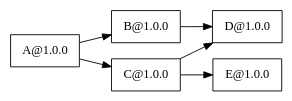
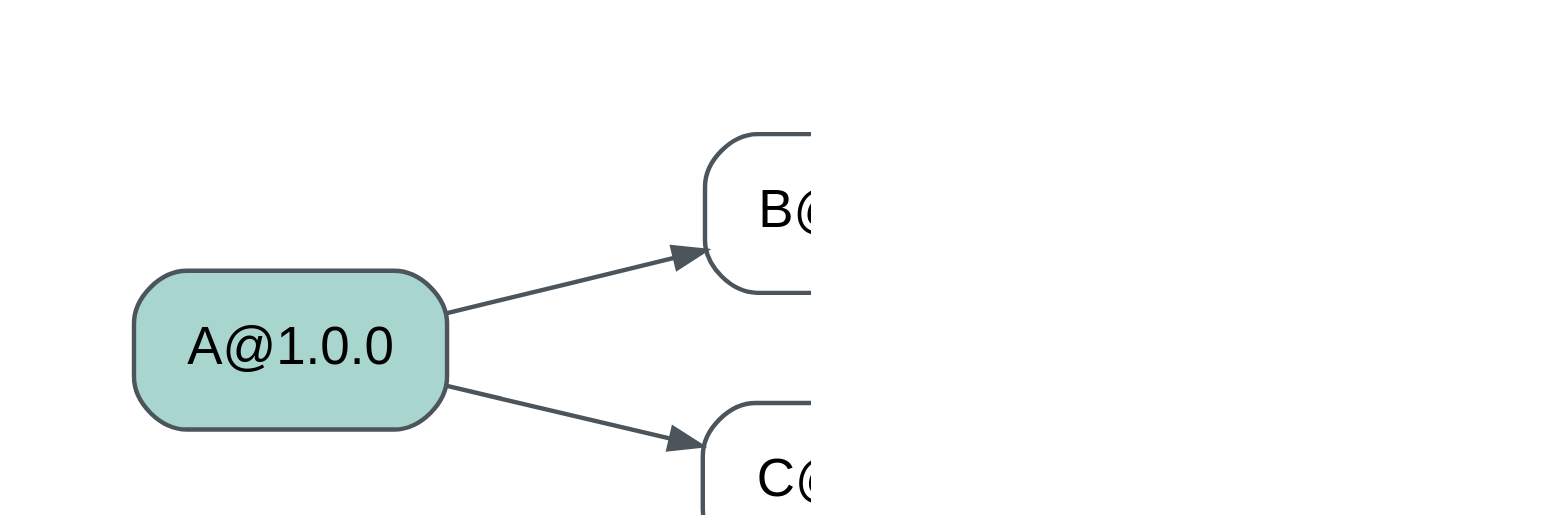
One commit to dar5win/MIKHAILOV-YAROSLAV-IKBO-12-25-2-PRACTICE changed the diagram in examples/A.dot. Above: the diagram before and after it, drawn with Graphviz. The commit also changed 17 other files, not shown here.

Commit message:
feat(render): generate PNG graphs and open images outside the browser

```diff
--- a/examples/A.dot
+++ b/examples/A.dot
@@ -1,14 +1,16 @@
 digraph Dependencies {
   rankdir=LR;
-  node [shape=box];
-  "A@1.0.0";
+  graph [bgcolor="white", pad="0.4", nodesep="0.35", ranksep="0.8", dpi=160];
+  node [shape=box, style="rounded,filled", fillcolor="white", color="#4b555b", fontname="Arial", fontsize=12, margin="0.16,0.10"];
+  edge [color="#4b555b", arrowsize=0.7];
+  "A@1.0.0" [fillcolor="#a8d6ce"];
   "A@1.0.0" -> "B@1.0.0";
   "A@1.0.0" -> "C@1.0.0";
   "B@1.0.0";
   "B@1.0.0" -> "D@1.0.0";
   "C@1.0.0";
   "C@1.0.0" -> "D@1.0.0";
   "C@1.0.0" -> "E@1.0.0";
   "D@1.0.0";
   "E@1.0.0";
 }
```
